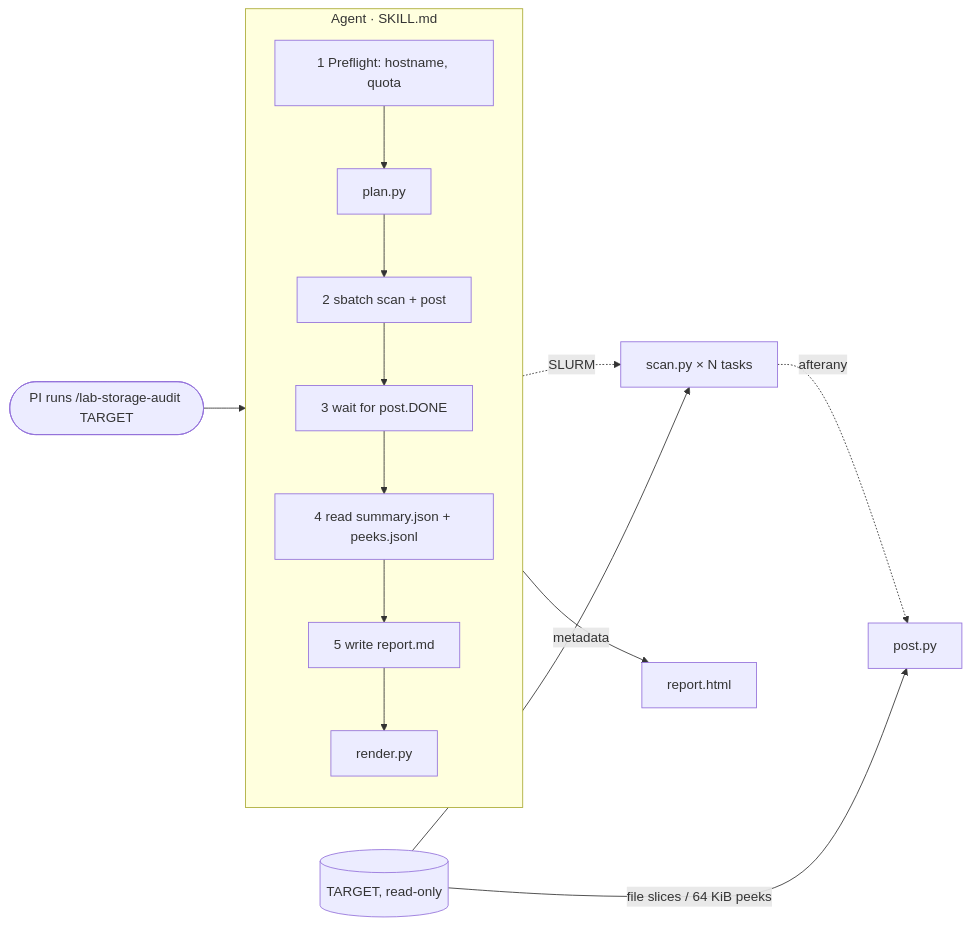
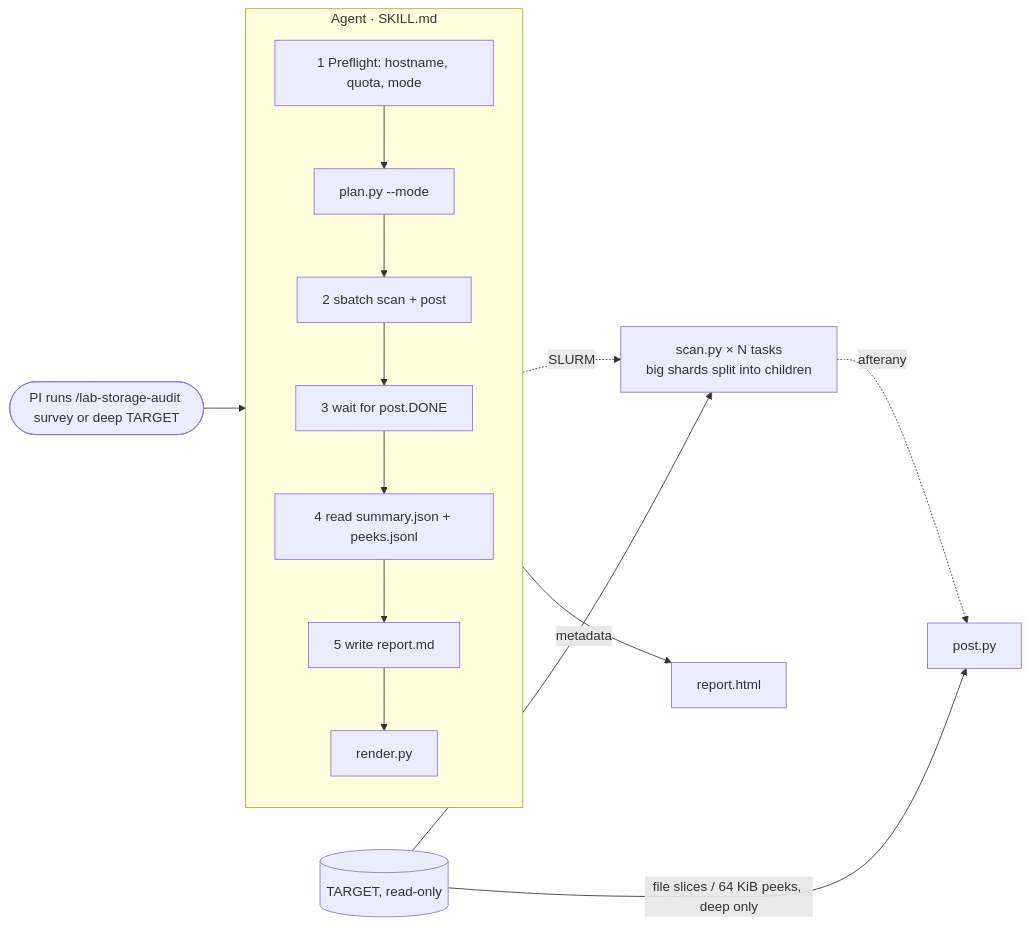
Before and after one commit to harvardinformatics/data-concierge-file-audit: the first of 2 diagrams in docs/spec.md, drawn with Mermaid. The commit also changed other lines of this file and 23 other files, not shown here.

First line of the commit message:
Add survey/deep audit modes, on-the-fly shard splitting, summary v2 and rendered report tables

````diff
--- a/docs/spec.md
+++ b/docs/spec.md
@@ -52,15 +56,15 @@
 ```mermaid
 flowchart LR
-  PI([PI runs /lab-storage-audit TARGET]) --> AG
+  PI([PI runs /lab-storage-audit survey or deep TARGET]) --> AG
   subgraph AG[Agent · SKILL.md]
     direction TB
-    a1[1 Preflight: hostname, quota] --> a2[plan.py]
+    a1[1 Preflight: hostname, quota, mode] --> a2[plan.py --mode]
     a2 --> a3[2 sbatch scan + post] --> a4[3 wait for post.DONE]
     a4 --> a5[4 read summary.json + peeks.jsonl] --> a6[5 write report.md] --> a7[render.py]
   end
-  a3 -. SLURM .-> SC[scan.py × N tasks]
+  a3 -. SLURM .-> SC[scan.py × N tasks<br/>big shards split into children]
   SC -. afterany .-> PO[post.py]
   T[(TARGET, read-only)] -->|metadata| SC
-  T -->|file slices / 64 KiB peeks| PO
+  T -->|file slices / 64 KiB peeks, deep only| PO
   a7 --> H[report.html]
 ```
````
